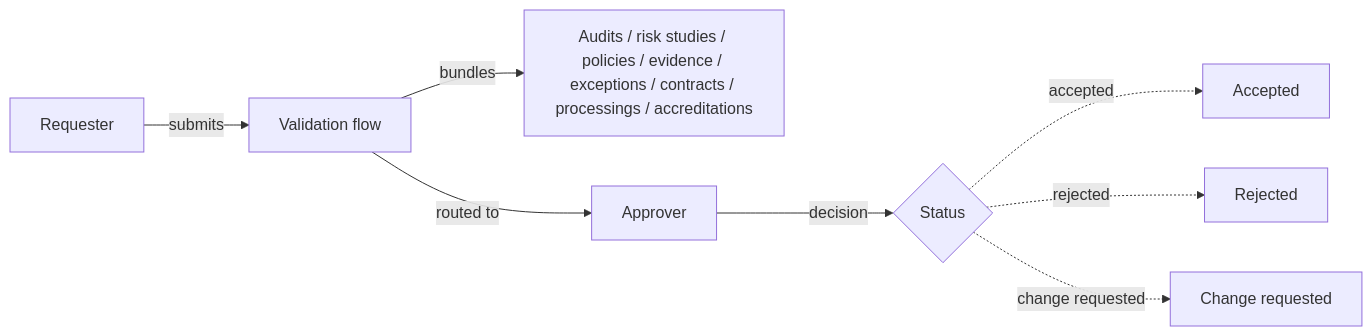
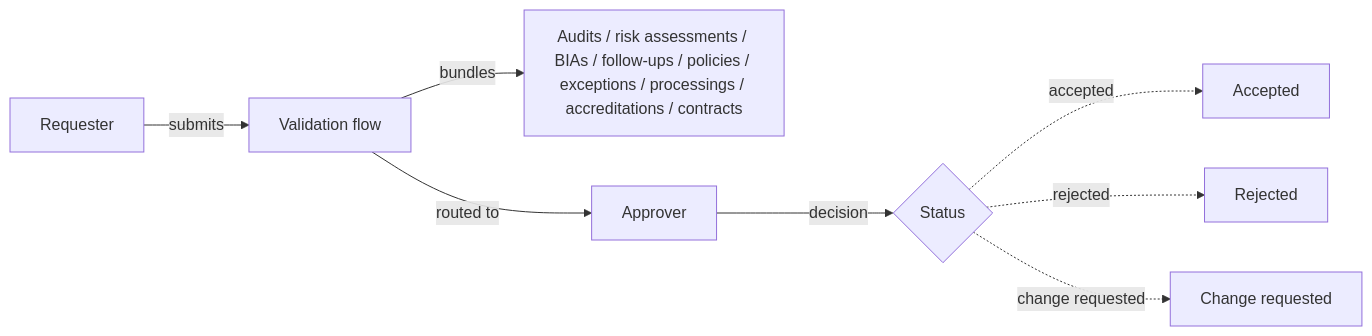
Before and after one commit to intuitem/ciso-assistant-community: the diagram in product-docs/concepts/validation-flows.md, drawn with Mermaid. The commit also changed other lines of this file, not shown here.

````diff
--- a/product-docs/concepts/validation-flows.md
+++ b/product-docs/concepts/validation-flows.md
@@ -13,10 +13,10 @@
 ```mermaid
 graph LR
   R[Requester] -->|submits| VF[Validation flow]
-  VF -->|bundles| OBJ[Audits / risk studies / policies / evidence / exceptions / contracts / processings / accreditations]
+  VF -->|bundles| OBJ[Audits / risk assessments / BIAs / follow-ups / policies / exceptions / processings / accreditations / contracts]
   VF -->|routed to| A[Approver]
   A -->|decision| ST{Status}
   ST -.->|accepted| OK[Accepted]
   ST -.->|rejected| KO[Rejected]
   ST -.->|change requested| CR[Change requested]
 ```
````
